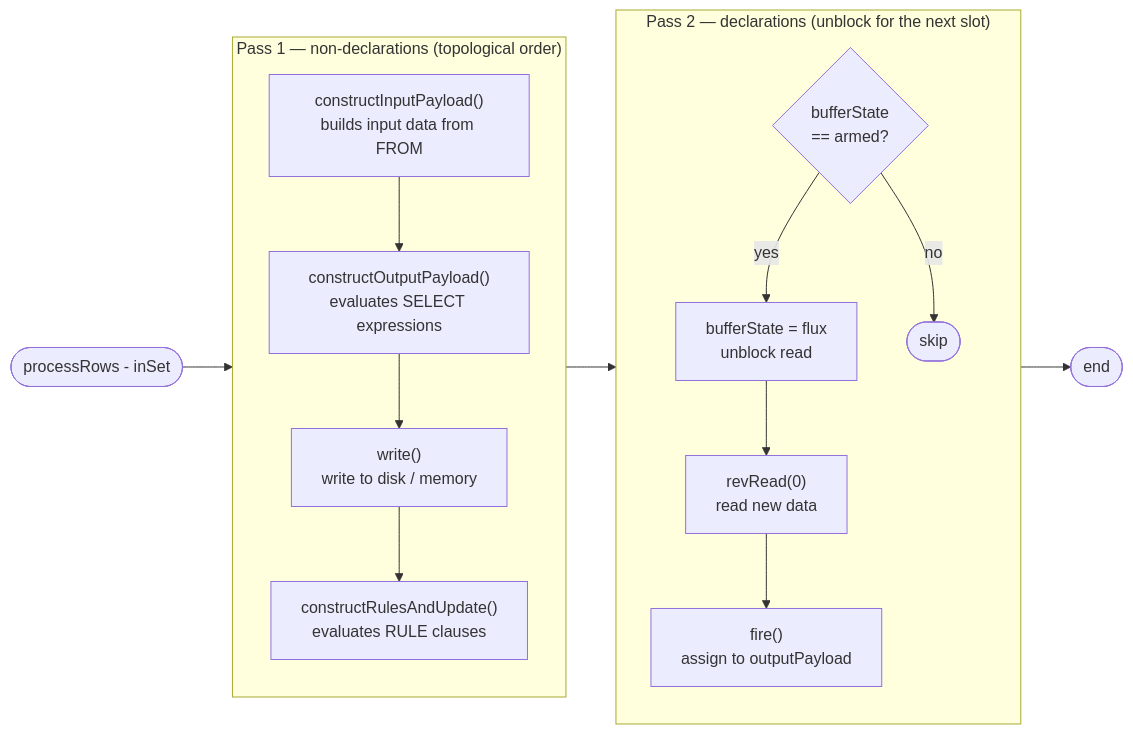
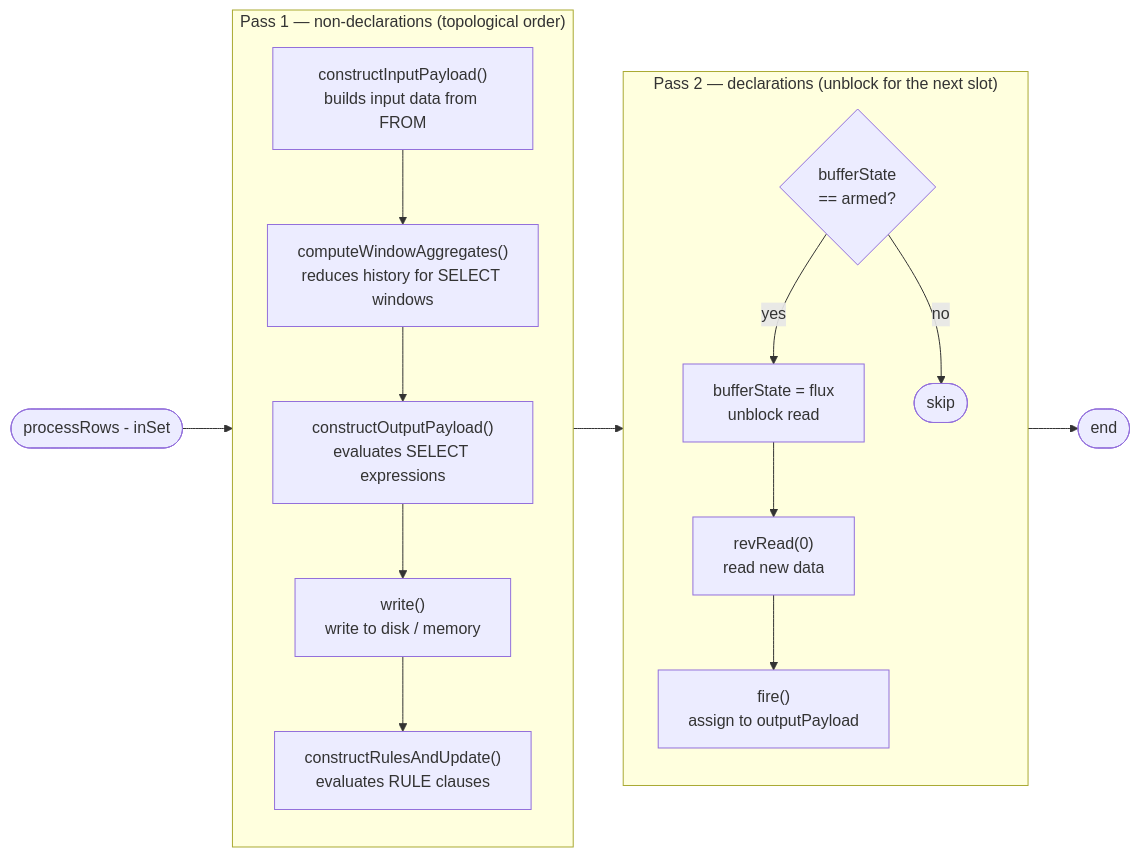
Before and after one commit to michalwidera/documentation-rdb: the fourth of 6 diagrams in query-execution/query-tree-traversal-algorithm.md, drawn with Mermaid. The commit also changed other lines of this file and 8 other files, not shown here.

````diff
--- a/query-execution/query-tree-traversal-algorithm.md
+++ b/query-execution/query-tree-traversal-algorithm.md
@@ -119,26 +119,27 @@
 ```mermaid
 %%{init: {"markdownAutoWrap": false}}%%
 flowchart LR
     S([processRows - inSet]) --> P1
 
     subgraph P1["Pass 1 — non-declarations (topological order)"]
         direction TB
-        X1["constructInputPayload()<br/>builds input data from FROM"] --> X2
+        X1["constructInputPayload()<br/>builds input data from FROM"] --> XW
+        XW["computeWindowAggregates()<br/>reduces history for SELECT windows"] --> X2
         X2["constructOutputPayload()<br/>evaluates SELECT expressions"] --> X3
         X3["write()<br/>write to disk / memory"] --> X4
         X4["constructRulesAndUpdate()<br/>evaluates RULE clauses"]
     end
 
     P1 --> P2
 
     subgraph P2["Pass 2 — declarations (unblock for the next slot)"]
         direction TB
         Y1{"bufferState<br/>== armed?"} -->|yes| Y2
         Y2["bufferState = flux<br/>unblock read"] --> Y3
         Y3["revRead(0)<br/>read new data"] --> Y4
         Y4["fire()<br/>assign to outputPayload"]
         Y1 -->|no| Y5([skip])
     end
 
     P2 --> E([end])
 ```
````
